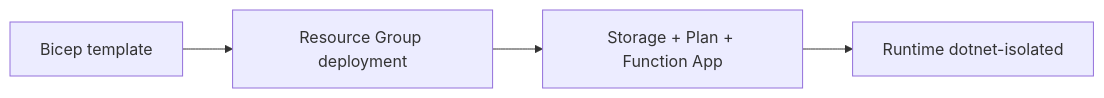
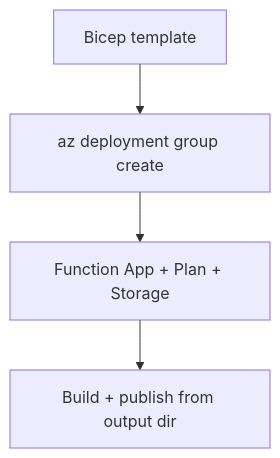
Before and after one commit to yeongseon/azure-functions-practical-guide: the diagram in docs/language-guides/dotnet/tutorial/consumption/05-infrastructure-as-code.md, drawn with Mermaid. The commit also changed other lines of this file and 7 other files, not shown here.

````diff
--- a/docs/language-guides/dotnet/tutorial/consumption/05-infrastructure-as-code.md
+++ b/docs/language-guides/dotnet/tutorial/consumption/05-infrastructure-as-code.md
@@ -87,6 +34,6 @@
 ```mermaid
-flowchart LR
-    A[Bicep template] --> B[Resource Group deployment]
-    B --> C[Storage + Plan + Function App]
-    C --> D[Runtime dotnet-isolated]
+flowchart TD
+    A[Bicep template] --> B[az deployment group create]
+    B --> C[Function App + Plan + Storage]
+    C --> D["Build + publish from output dir"]
 ```
````
